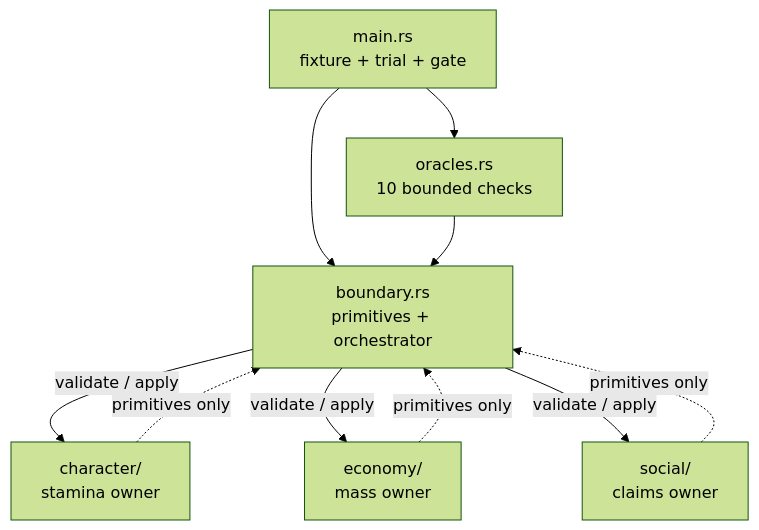
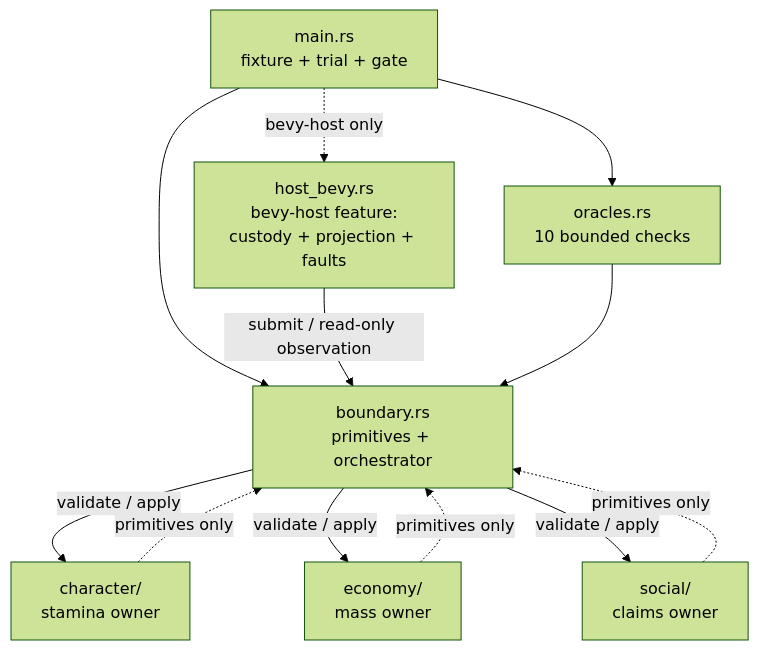
Before and after one commit to Eyjo16/gra-rust-bevy-spike: the first of 4 diagrams in docs/dependency-map.md, drawn with Mermaid (forest theme). The commit also changed other lines of this file and 6 other files, not shown here.

````diff
--- a/docs/dependency-map.md
+++ b/docs/dependency-map.md
@@ -41,19 +41,22 @@
 ```mermaid
 flowchart TD
     main["main.rs<br/>fixture + trial + gate"]
     oracles["oracles.rs<br/>10 bounded checks"]
     boundary["boundary.rs<br/>primitives + orchestrator"]
+    host["host_bevy.rs<br/>bevy-host feature:<br/>custody + projection + faults"]
     character["character/<br/>stamina owner"]
     economy["economy/<br/>mass owner"]
     social["social/<br/>claims owner"]
 
     main --> boundary
     main --> oracles
+    main -.->|"bevy-host only"| host
+    host -->|"submit / read-only observation"| boundary
     oracles --> boundary
     boundary -->|"validate / apply"| character
     boundary -->|"validate / apply"| economy
     boundary -->|"validate / apply"| social
     character -.->|"primitives only"| boundary
     economy -.->|"primitives only"| boundary
     social -.->|"primitives only"| boundary
 ```
````
